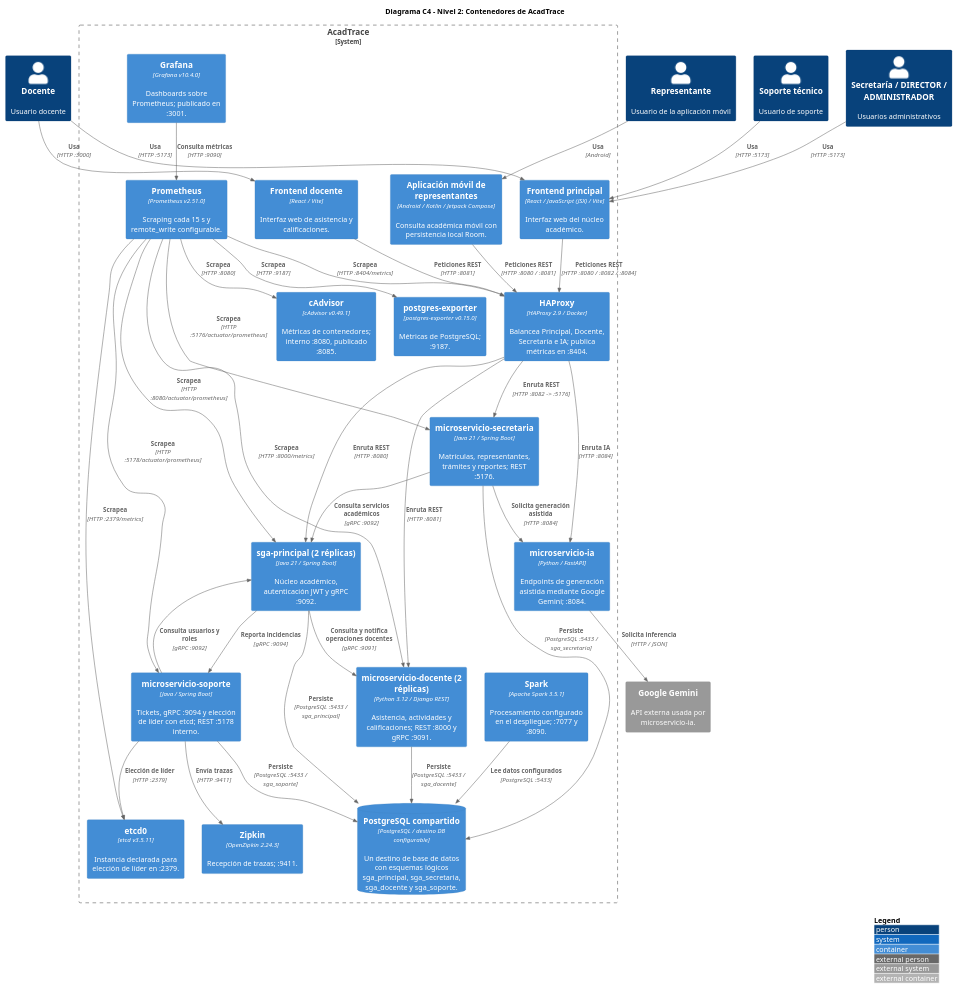
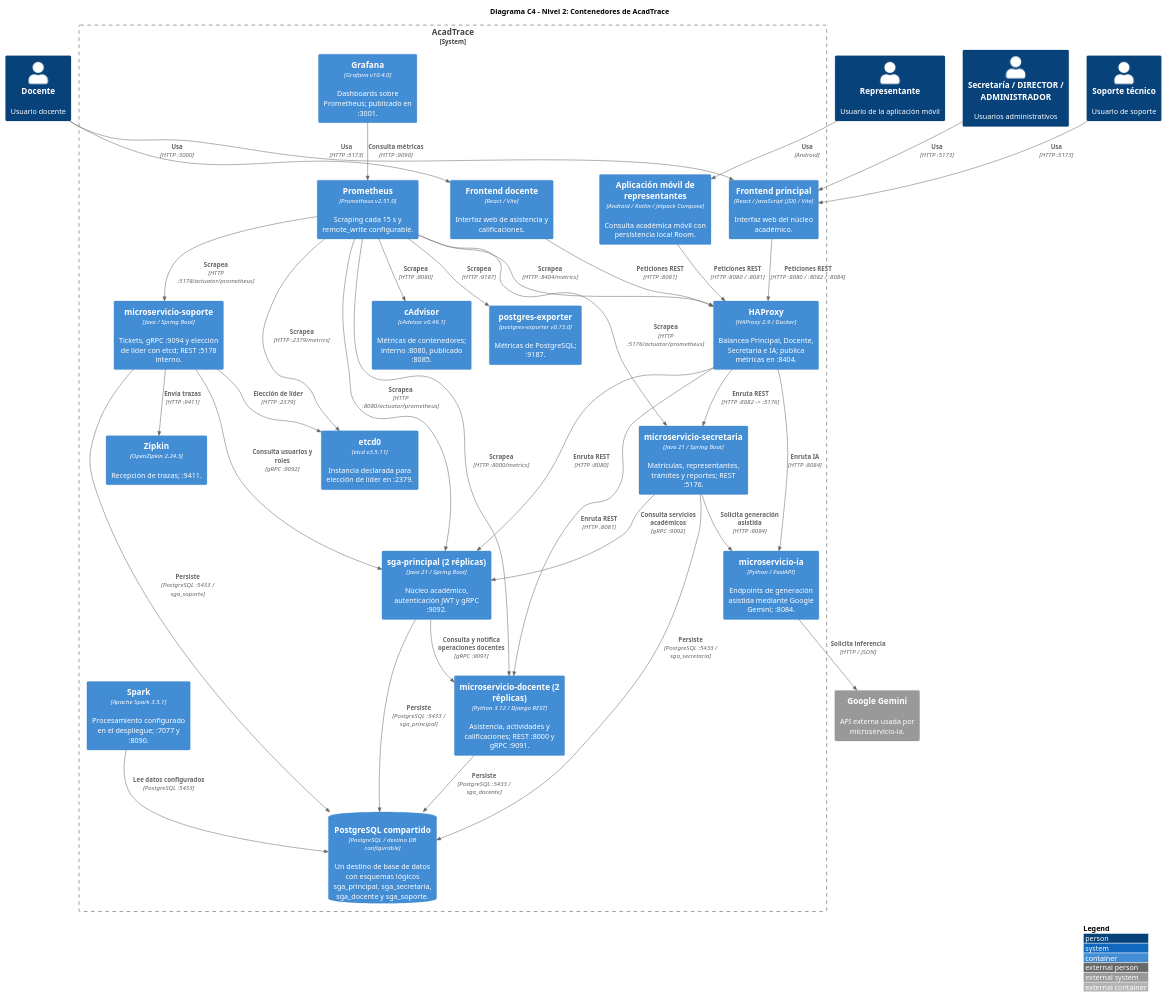
Before and after one commit to gleiston-guerrero/acadtrace: the diagram in docs/diagrams/c4_nivel2_contenedores.puml, drawn with PlantUML. The commit also changed 3 other files, not shown here.

```diff
--- a/docs/diagrams/c4_nivel2_contenedores.puml
+++ b/docs/diagrams/c4_nivel2_contenedores.puml
@@ -1,75 +1,74 @@
 @startuml C4_Nivel2_Contenedores
 !include https://raw.githubusercontent.com/plantuml-stdlib/C4-PlantUML/v2.12.0/C4_Container.puml
 
 LAYOUT_WITH_LEGEND()
 title Diagrama C4 - Nivel 2: Contenedores de AcadTrace
 
 Person(docente, "Docente", "Usuario docente")
 Person(representante, "Representante", "Usuario de la aplicación móvil")
 Person(administrativo, "Secretaría / DIRECTOR / ADMINISTRADOR", "Usuarios administrativos")
 Person(soporte_usuario, "Soporte técnico", "Usuario de soporte")
 
 System_Boundary(acadtrace, "AcadTrace") {
     Container(app_movil, "Aplicación móvil de representantes", "Android / Kotlin / Jetpack Compose", "Consulta académica móvil con persistencia local Room.")
     Container(web_principal, "Frontend principal", "React / JavaScript (JSX) / Vite", "Interfaz web del núcleo académico.")
     Container(web_docente, "Frontend docente", "React / Vite", "Interfaz web de asistencia y calificaciones.")
     Container(haproxy, "HAProxy", "HAProxy 2.9 / Docker", "Balancea Principal, Docente, Secretaría e IA; publica métricas en :8404.")
 
     Container(sga_principal, "sga-principal (2 réplicas)", "Java 21 / Spring Boot", "Núcleo académico, autenticación JWT y gRPC :9092.")
     Container(ms_docente, "microservicio-docente (2 réplicas)", "Python 3.12 / Django REST", "Asistencia, actividades y calificaciones; REST :8000 y gRPC :9091.")
     Container(ms_secretaria, "microservicio-secretaria", "Java 21 / Spring Boot", "Matrículas, representantes, trámites y reportes; REST :5176.")
     Container(ms_soporte, "microservicio-soporte", "Java / Spring Boot", "Tickets, gRPC :9094 y elección de líder con etcd; REST :5178 interno.")
     Container(ms_ia, "microservicio-ia", "Python / FastAPI", "Endpoints de generación asistida mediante Google Gemini; :8084.")
 
     ContainerDb(postgres, "PostgreSQL compartido", "PostgreSQL / destino DB configurable", "Un destino de base de datos con esquemas lógicos sga_principal, sga_secretaria, sga_docente y sga_soporte.")
     Container(etcd, "etcd0", "etcd v3.5.11", "Instancia declarada para elección de líder en :2379.")
     Container(prometheus, "Prometheus", "Prometheus v2.51.0", "Scraping cada 15 s y remote_write configurable.")
     Container(grafana, "Grafana", "Grafana v10.4.0", "Dashboards sobre Prometheus; publicado en :3001.")
     Container(cadvisor, "cAdvisor", "cAdvisor v0.49.1", "Métricas de contenedores; interno :8080, publicado :8085.")
     Container(postgres_exporter, "postgres-exporter", "postgres-exporter v0.15.0", "Métricas de PostgreSQL; :9187.")
     Container(zipkin, "Zipkin", "OpenZipkin 2.24.3", "Recepción de trazas; :9411.")
     Container(spark, "Spark", "Apache Spark 3.5.1", "Procesamiento configurado en el despliegue; :7077 y :8090.")
 }
 
 System_Ext(gemini, "Google Gemini", "API externa usada por microservicio-ia.")
 
 Rel(docente, web_principal, "Usa", "HTTP :5173")
 Rel(docente, web_docente, "Usa", "HTTP :3000")
 Rel(representante, app_movil, "Usa", "Android")
 Rel(administrativo, web_principal, "Usa", "HTTP :5173")
 Rel(soporte_usuario, web_principal, "Usa", "HTTP :5173")
 
 Rel(app_movil, haproxy, "Peticiones REST", "HTTP :8080 / :8081")
 Rel(web_principal, haproxy, "Peticiones REST", "HTTP :8080 / :8082 / :8084")
 Rel(web_docente, haproxy, "Peticiones REST", "HTTP :8081")
 
 Rel(haproxy, sga_principal, "Enruta REST", "HTTP :8080")
 Rel(haproxy, ms_docente, "Enruta REST", "HTTP :8081")
 Rel(haproxy, ms_secretaria, "Enruta REST", "HTTP :8082 -> :5176")
 Rel(haproxy, ms_ia, "Enruta IA", "HTTP :8084")
 Rel(ms_soporte, sga_principal, "Consulta usuarios y roles", "gRPC :9092")
 Rel(sga_principal, ms_docente, "Consulta y notifica operaciones docentes", "gRPC :9091")
-Rel(sga_principal, ms_soporte, "Reporta incidencias", "gRPC :9094")
 Rel(ms_secretaria, sga_principal, "Consulta servicios académicos", "gRPC :9092")
 Rel(ms_secretaria, ms_ia, "Solicita generación asistida", "HTTP :8084")
 Rel(ms_ia, gemini, "Solicita inferencia", "HTTP / JSON")
 
 Rel(sga_principal, postgres, "Persiste", "PostgreSQL :5433 / sga_principal")
 Rel(ms_secretaria, postgres, "Persiste", "PostgreSQL :5433 / sga_secretaria")
 Rel(ms_docente, postgres, "Persiste", "PostgreSQL :5433 / sga_docente")
 Rel(ms_soporte, postgres, "Persiste", "PostgreSQL :5433 / sga_soporte")
 Rel(ms_soporte, etcd, "Elección de líder", "HTTP :2379")
 
 Rel(prometheus, sga_principal, "Scrapea", "HTTP :8080/actuator/prometheus")
 Rel(prometheus, ms_docente, "Scrapea", "HTTP :8000/metrics")
 Rel(prometheus, ms_secretaria, "Scrapea", "HTTP :5176/actuator/prometheus")
 Rel(prometheus, ms_soporte, "Scrapea", "HTTP :5178/actuator/prometheus")
 Rel(prometheus, haproxy, "Scrapea", "HTTP :8404/metrics")
 Rel(prometheus, etcd, "Scrapea", "HTTP :2379/metrics")
 Rel(prometheus, cadvisor, "Scrapea", "HTTP :8080")
 Rel(prometheus, postgres_exporter, "Scrapea", "HTTP :9187")
 Rel(grafana, prometheus, "Consulta métricas", "HTTP :9090")
 Rel(ms_soporte, zipkin, "Envía trazas", "HTTP :9411")
 Rel(spark, postgres, "Lee datos configurados", "PostgreSQL :5433")
 
 @enduml
```
